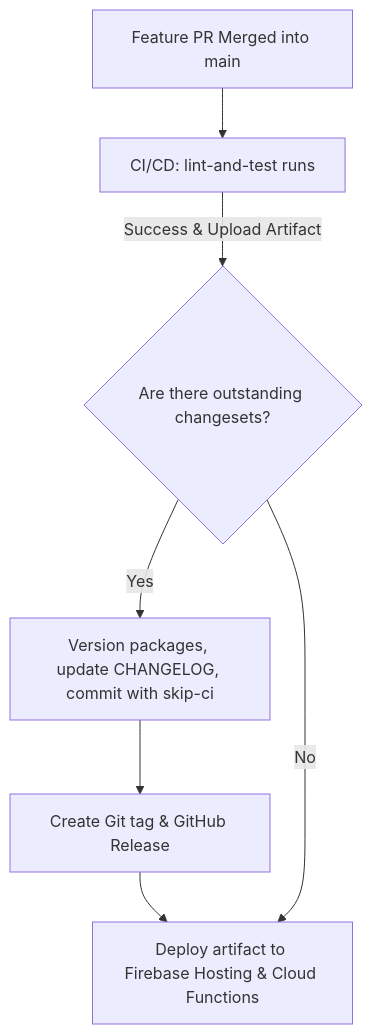
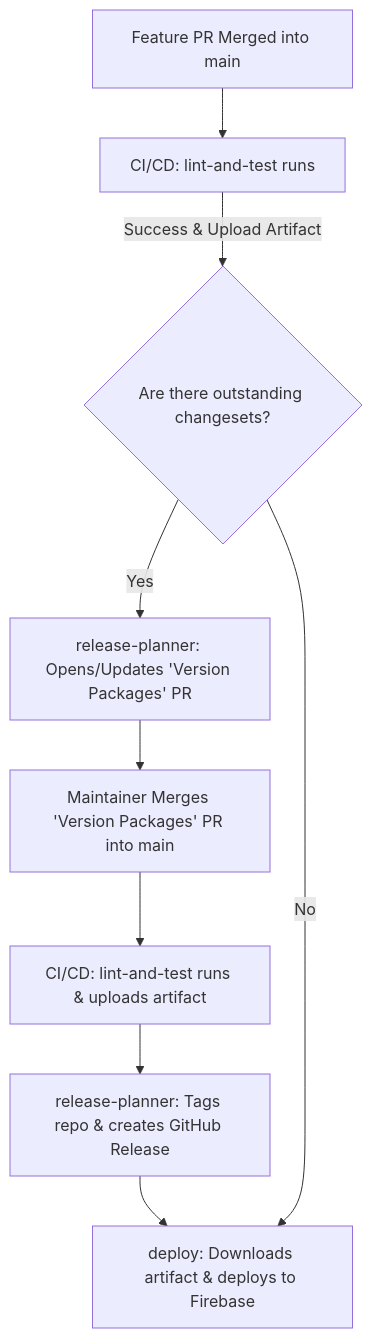
The diagram in docs/CONTRIBUTING.md (MiguelCiav/chil), drawn with Mermaid before and after one commit. The commit also changed other lines of this file and 1 other file, not shown here.

Commit message:
ci: optimize changeset PR release workflow to skip CI on release branch and share artifacts (#41)

````diff
--- a/docs/CONTRIBUTING.md
+++ b/docs/CONTRIBUTING.md
@@ -84,9 +84,11 @@
 ```mermaid
 graph TD
     A[Feature PR Merged into main] --> B[CI/CD: lint-and-test runs]
     B -->|Success & Upload Artifact| C{Are there outstanding changesets?}
-    C -->|Yes| D[Version packages, update CHANGELOG, commit with skip-ci]
-    D --> E[Create Git tag & GitHub Release]
-    E --> F[Deploy artifact to Firebase Hosting & Cloud Functions]
-    C -->|No| F
+    C -->|Yes| D[release-planner: Opens/Updates 'Version Packages' PR]
+    D --> E[Maintainer Merges 'Version Packages' PR into main]
+    E --> F[CI/CD: lint-and-test runs & uploads artifact]
+    F --> G[release-planner: Tags repo & creates GitHub Release]
+    G --> H[deploy: Downloads artifact & deploys to Firebase]
+    C -->|No| H
 ```
````
